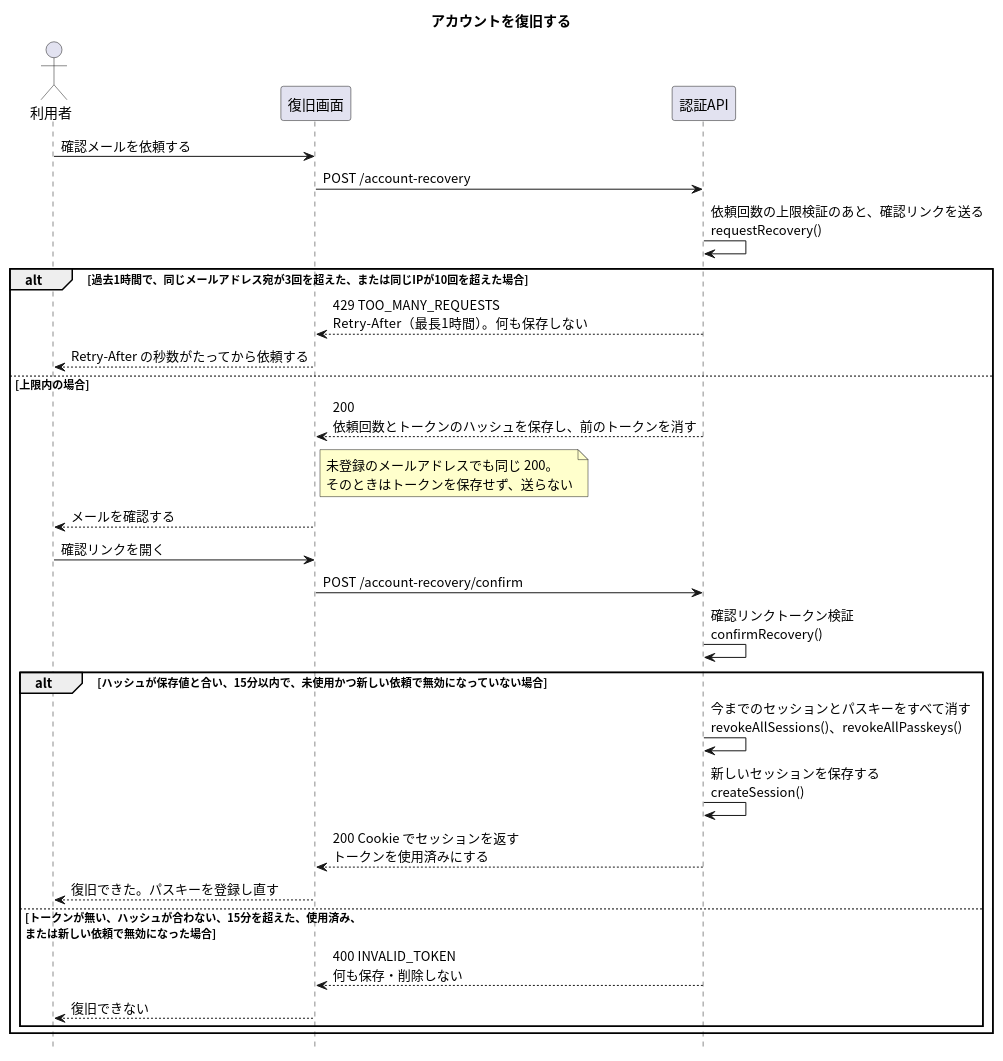
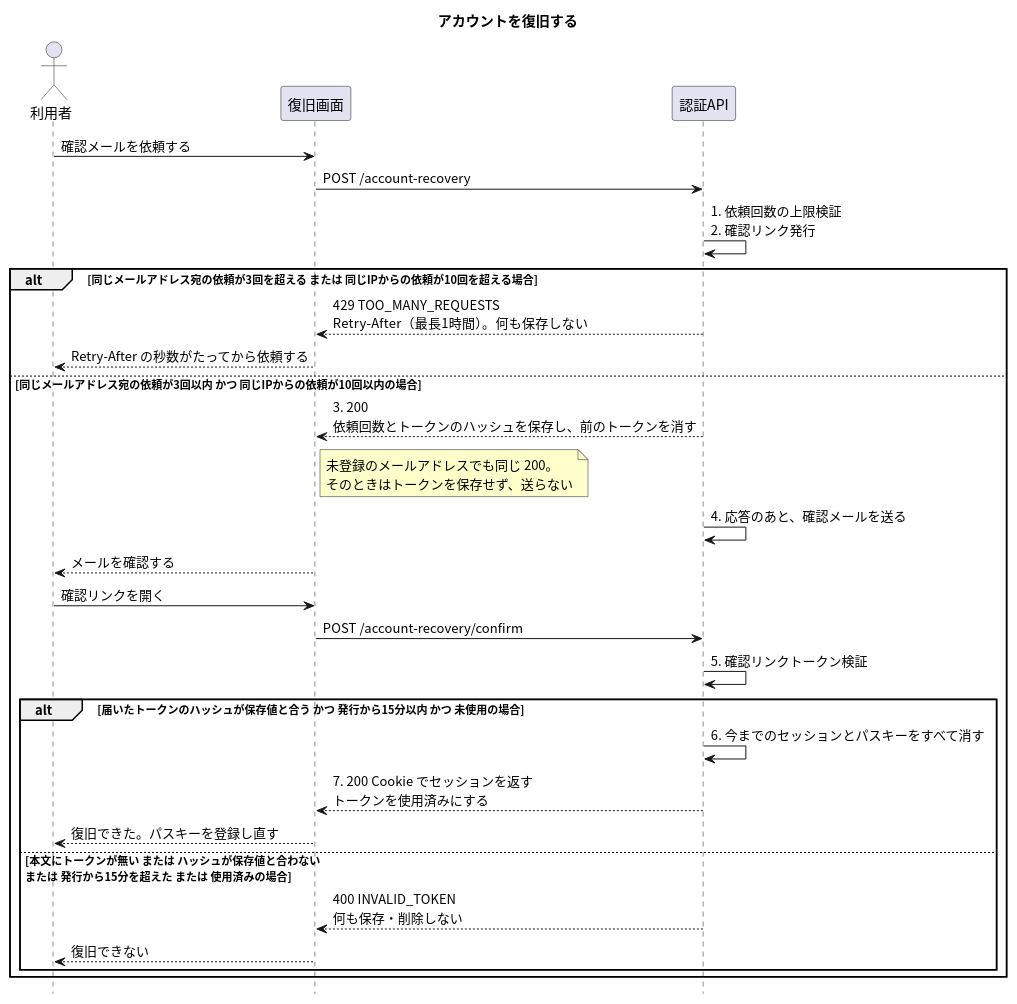
The diagram in apis/recover-account/入口.puml (masamasamasato/design-doc-template), drawn with PlantUML before and after one commit. The commit also changed 28 other files, not shown here.

```diff
--- a/apis/recover-account/入口.puml
+++ b/apis/recover-account/入口.puml
@@ -1,37 +1,37 @@
 @startuml
 skinparam shadowing false
 skinparam defaultFontName "Noto Sans CJK JP"
 skinparam SequenceFontName "Noto Sans CJK JP"
 skinparam NoteBackgroundColor #FFFFCC
 hide footbox
 
 title アカウントを復旧する
 
 actor "利用者" as User
 participant "復旧画面" as Screen
 participant "認証API" as API
 
 User -> Screen : 確認メールを依頼する
 Screen -> API : POST /account-recovery
-API -> API : 依頼回数の上限検証のあと、確認リンクを送る\nrequestRecovery()
-alt 過去1時間で、同じメールアドレス宛が3回を超えた、または同じIPが10回を超えた場合
+API -> API : 1. 依頼回数の上限検証\n2. 確認リンク発行
+alt 同じメールアドレス宛の依頼が3回を超える または 同じIPからの依頼が10回を超える場合
   API --> Screen : 429 TOO_MANY_REQUESTS\nRetry-After（最長1時間）。何も保存しない
   Screen --> User : Retry-After の秒数がたってから依頼する
-else 上限内の場合
-  API --> Screen : 200\n依頼回数とトークンのハッシュを保存し、前のトークンを消す
+else 同じメールアドレス宛の依頼が3回以内 かつ 同じIPからの依頼が10回以内の場合
+  API --> Screen : 3. 200\n依頼回数とトークンのハッシュを保存し、前のトークンを消す
   note right of Screen : 未登録のメールアドレスでも同じ 200。\nそのときはトークンを保存せず、送らない
+  API -> API : 4. 応答のあと、確認メールを送る
   Screen --> User : メールを確認する
   User -> Screen : 確認リンクを開く
   Screen -> API : POST /account-recovery/confirm
-  API -> API : 確認リンクトークン検証\nconfirmRecovery()
-  alt ハッシュが保存値と合い、15分以内で、未使用かつ新しい依頼で無効になっていない場合
-    API -> API : 今までのセッションとパスキーをすべて消す\nrevokeAllSessions()、revokeAllPasskeys()
-    API -> API : 新しいセッションを保存する\ncreateSession()
-    API --> Screen : 200 Cookie でセッションを返す\nトークンを使用済みにする
+  API -> API : 5. 確認リンクトークン検証
+  alt 届いたトークンのハッシュが保存値と合う かつ 発行から15分以内 かつ 未使用の場合
+    API -> API : 6. 今までのセッションとパスキーをすべて消す
+    API --> Screen : 7. 200 Cookie でセッションを返す\nトークンを使用済みにする
     Screen --> User : 復旧できた。パスキーを登録し直す
-  else トークンが無い、ハッシュが合わない、15分を超えた、使用済み、\nまたは新しい依頼で無効になった場合
+  else 本文にトークンが無い または ハッシュが保存値と合わない\nまたは 発行から15分を超えた または 使用済みの場合
     API --> Screen : 400 INVALID_TOKEN\n何も保存・削除しない
     Screen --> User : 復旧できない
   end
 end
 @enduml
```
